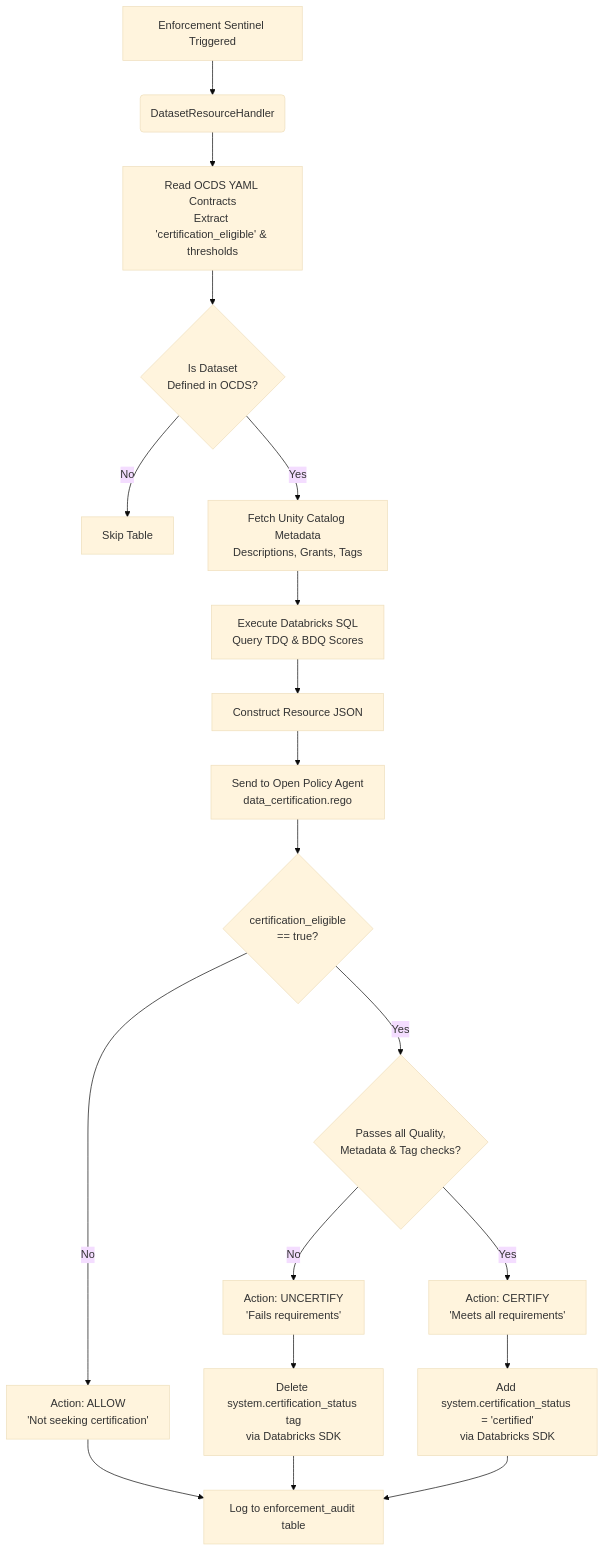
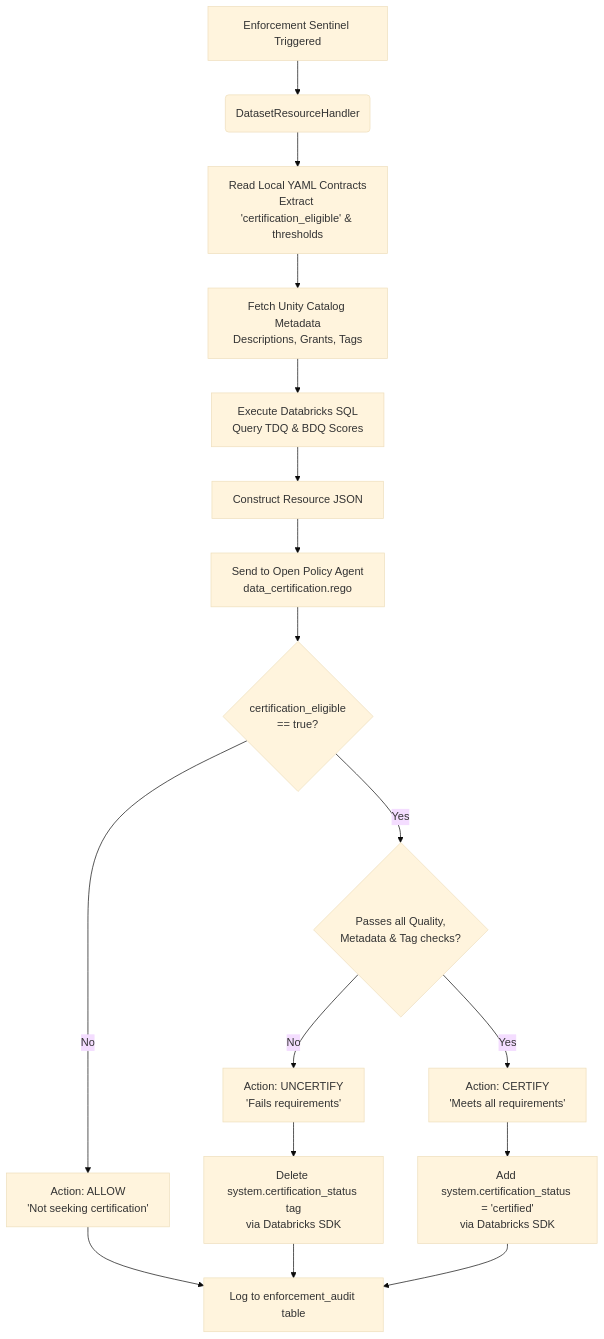
Before and after one commit to TaylorAHanson/ssc: the diagram in backend/policies/overview.md, drawn with Mermaid (base theme). The commit also changed 10 other files, not shown here.

````diff
--- a/backend/policies/overview.md
+++ b/backend/policies/overview.md
@@ -76,27 +76,25 @@
 ```mermaid
 flowchart TD
     A[Enforcement Sentinel Triggered] --> B(DatasetResourceHandler)
-    B --> C[Read OCDS YAML Contracts<br>Extract 'certification_eligible' & thresholds]
+    B --> C[Read Local YAML Contracts<br>Extract 'certification_eligible' & thresholds]
     
-    C --> D{Is Dataset<br>Defined in OCDS?}
-    D -- No --> E[Skip Table]
-    D -- Yes --> F[Fetch Unity Catalog Metadata<br>Descriptions, Grants, Tags]
+    C --> F[Fetch Unity Catalog Metadata<br>Descriptions, Grants, Tags]
     F --> G[Execute Databricks SQL<br>Query TDQ & BDQ Scores]
     
     G --> H[Construct Resource JSON]
     H --> I[Send to Open Policy Agent<br>data_certification.rego]
     
     I --> J{certification_eligible<br>== true?}
     J -- No --> K[Action: ALLOW<br>'Not seeking certification']
     
     J -- Yes --> L{Passes all Quality,<br>Metadata & Tag checks?}
     L -- No --> M[Action: UNCERTIFY<br>'Fails requirements']
     L -- Yes --> N[Action: CERTIFY<br>'Meets all requirements']
     
     K --> O[Log to enforcement_audit table]
     M --> P[Delete system.certification_status tag<br>via Databricks SDK]
     N --> Q[Add system.certification_status = 'certified'<br>via Databricks SDK]
     
     P --> O
     Q --> O
 ```
````
